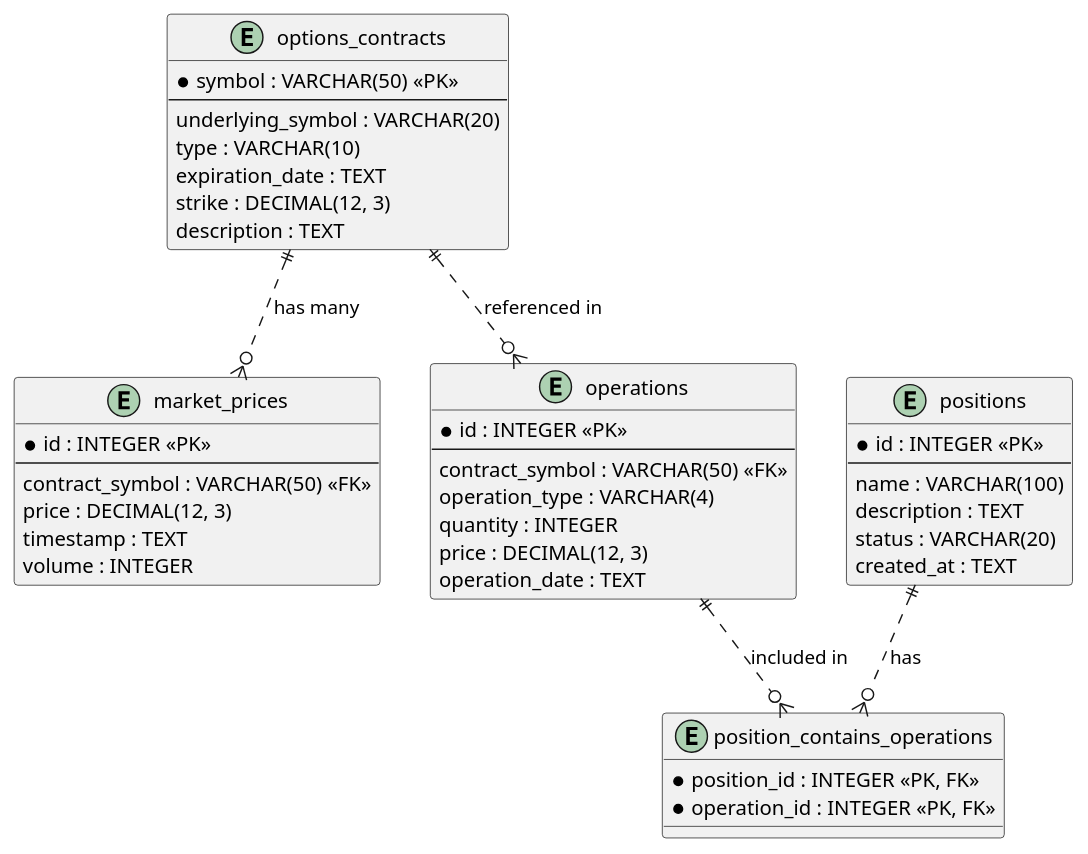
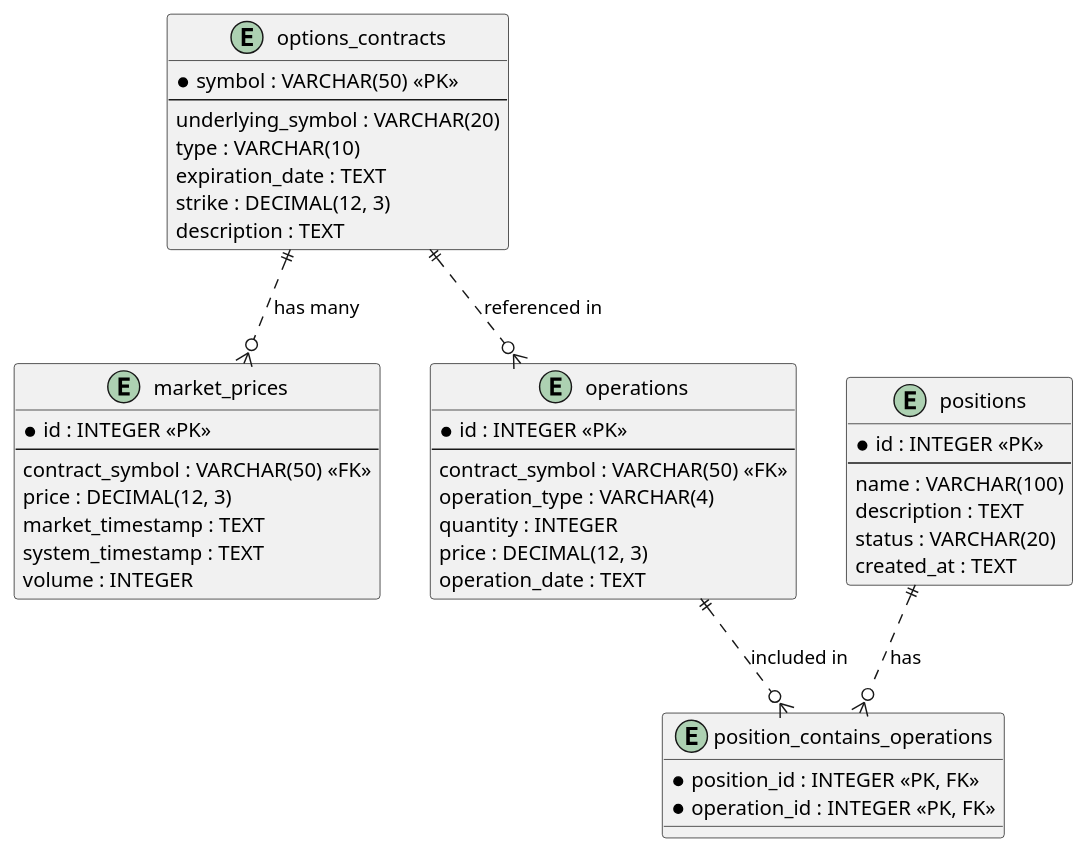
The diagram in Requirements/database_schema.puml (nahuelrabey/operar_marketdata_fetch), drawn with PlantUML before and after one commit. The commit also changed 2 other files, not shown here.

```diff
--- a/Requirements/database_schema.puml
+++ b/Requirements/database_schema.puml
@@ -1,51 +1,52 @@
 @startuml
 
 entity "options_contracts" {
   *symbol : VARCHAR(50) <<PK>>
   --
   underlying_symbol : VARCHAR(20)
   type : VARCHAR(10)
   expiration_date : TEXT
   strike : DECIMAL(12, 3)
   description : TEXT
 }
 
 entity "market_prices" {
   *id : INTEGER <<PK>>
   --
   contract_symbol : VARCHAR(50) <<FK>>
   price : DECIMAL(12, 3)
-  timestamp : TEXT
+  market_timestamp : TEXT
+  system_timestamp : TEXT
   volume : INTEGER
 }
 
 entity "positions" {
   *id : INTEGER <<PK>>
   --
   name : VARCHAR(100)
   description : TEXT
   status : VARCHAR(20)
   created_at : TEXT
 }
 
 entity "operations" {
   *id : INTEGER <<PK>>
   --
   contract_symbol : VARCHAR(50) <<FK>>
   operation_type : VARCHAR(4)
   quantity : INTEGER
   price : DECIMAL(12, 3)
   operation_date : TEXT
 }
 
 entity "position_contains_operations" {
   *position_id : INTEGER <<PK, FK>>
   *operation_id : INTEGER <<PK, FK>>
 }
 
 options_contracts ||..o{ market_prices : "has many"
 options_contracts ||..o{ operations : "referenced in"
 positions ||..o{ position_contains_operations : "has"
 operations ||..o{ position_contains_operations : "included in"
 
 @enduml
```
